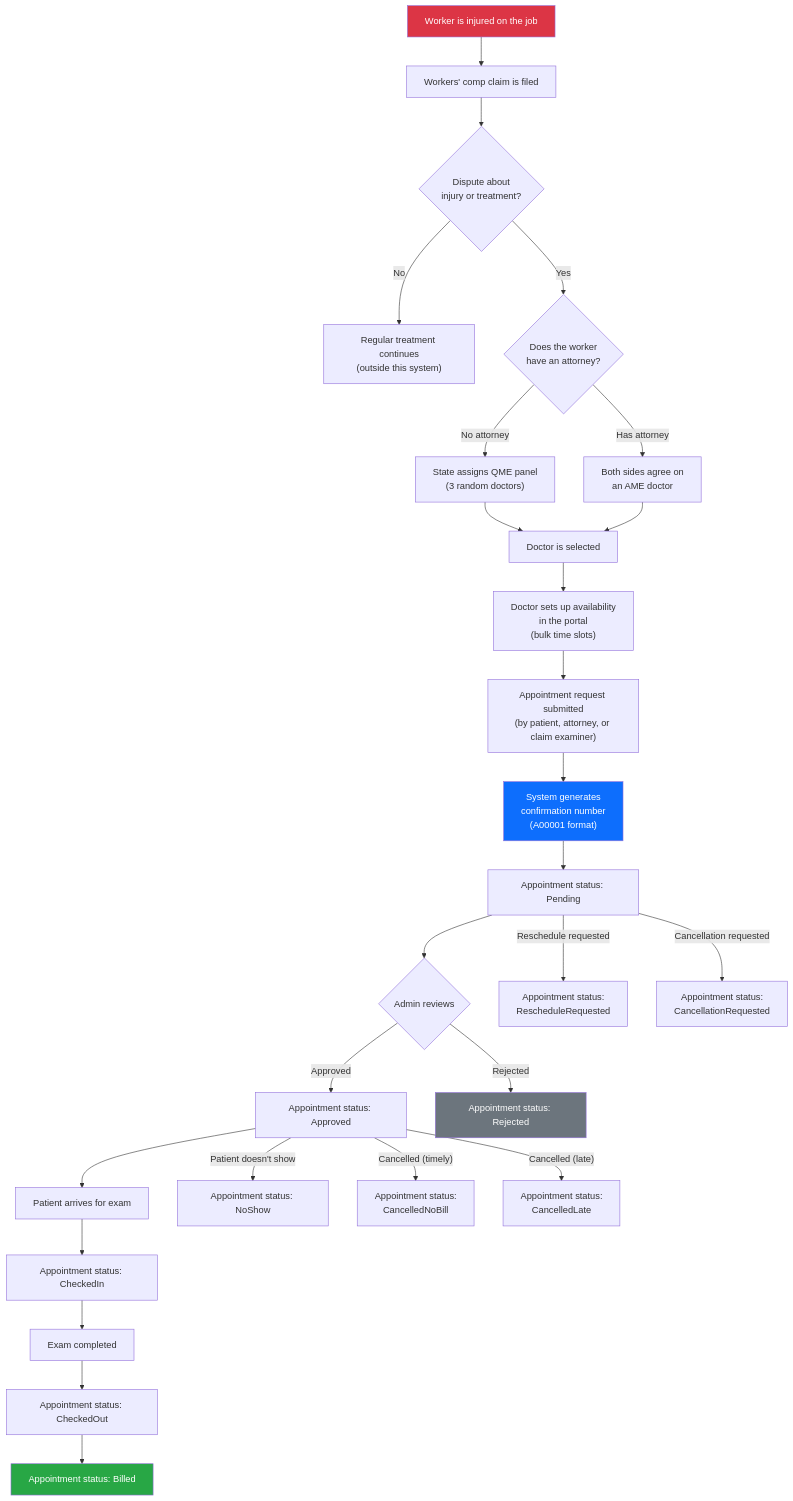
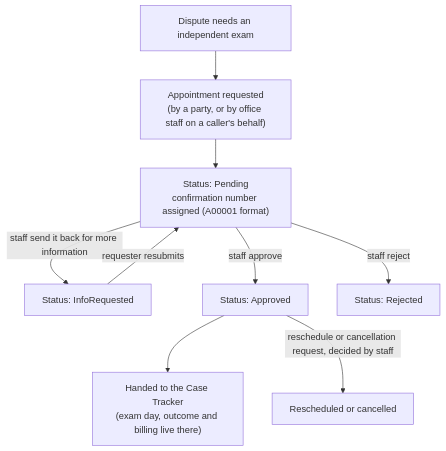
The diagram in docs/business-domain/DOMAIN-OVERVIEW.md (gesco-healthcare-support/hcs-patient-portal), drawn with Mermaid before and after one commit. The commit also changed other lines of this file and 4 other files, not shown here.

````diff
--- a/docs/business-domain/DOMAIN-OVERVIEW.md
+++ b/docs/business-domain/DOMAIN-OVERVIEW.md
@@ -105,39 +77,11 @@
 ```mermaid
 flowchart TD
-    A["Worker is injured on the job"] --> B["Workers' comp claim is filed"]
-    B --> C{"Dispute about\ninjury or treatment?"}
-    C -->|"No"| D["Regular treatment continues\n(outside this system)"]
-    C -->|"Yes"| E{"Does the worker\nhave an attorney?"}
-
-    E -->|"No attorney"| F["State assigns QME panel\n(3 random doctors)"]
-    E -->|"Has attorney"| G["Both sides agree on\nan AME doctor"]
-
-    F --> H["Doctor is selected"]
-    G --> H
-
-    H --> I["Doctor sets up availability\nin the portal\n(bulk time slots)"]
-    I --> J["Appointment request submitted\n(by patient, attorney, or claim examiner)"]
-    J --> K["System generates\nconfirmation number\n(A00001 format)"]
-    K --> L["Appointment status: Pending"]
-
-    L --> M{"Admin reviews"}
-    M -->|"Approved"| N["Appointment status: Approved"]
-    M -->|"Rejected"| O["Appointment status: Rejected"]
-
-    N --> P["Patient arrives for exam"]
-    P --> Q["Appointment status: CheckedIn"]
-    Q --> R["Exam completed"]
-    R --> S["Appointment status: CheckedOut"]
-    S --> T["Appointment status: Billed"]
-
-    L -->|"Reschedule requested"| U["Appointment status:\nRescheduleRequested"]
-    L -->|"Cancellation requested"| V["Appointment status:\nCancellationRequested"]
-    N -->|"Patient doesn't show"| W["Appointment status: NoShow"]
-    N -->|"Cancelled (timely)"| X["Appointment status:\nCancelledNoBill"]
-    N -->|"Cancelled (late)"| Y["Appointment status:\nCancelledLate"]
-
-    style A fill:#dc3545,color:#fff
-    style K fill:#0d6efd,color:#fff
-    style T fill:#28a745,color:#fff
-    style O fill:#6c757d,color:#fff
+    A["Dispute needs an independent exam"] --> B["Appointment requested\n(by a party, or by office staff on a caller's behalf)"]
+    B --> C["Status: Pending\nconfirmation number assigned (A00001 format)"]
+    C -->|"staff send it back for more information"| I["Status: InfoRequested"]
+    I -->|"requester resubmits"| C
+    C -->|"staff approve"| D["Status: Approved"]
+    C -->|"staff reject"| E["Status: Rejected"]
+    D --> F["Handed to the Case Tracker\n(exam day, outcome and billing live there)"]
+    D -->|"reschedule or cancellation request, decided by staff"| G["Rescheduled or cancelled"]
 ```
````
